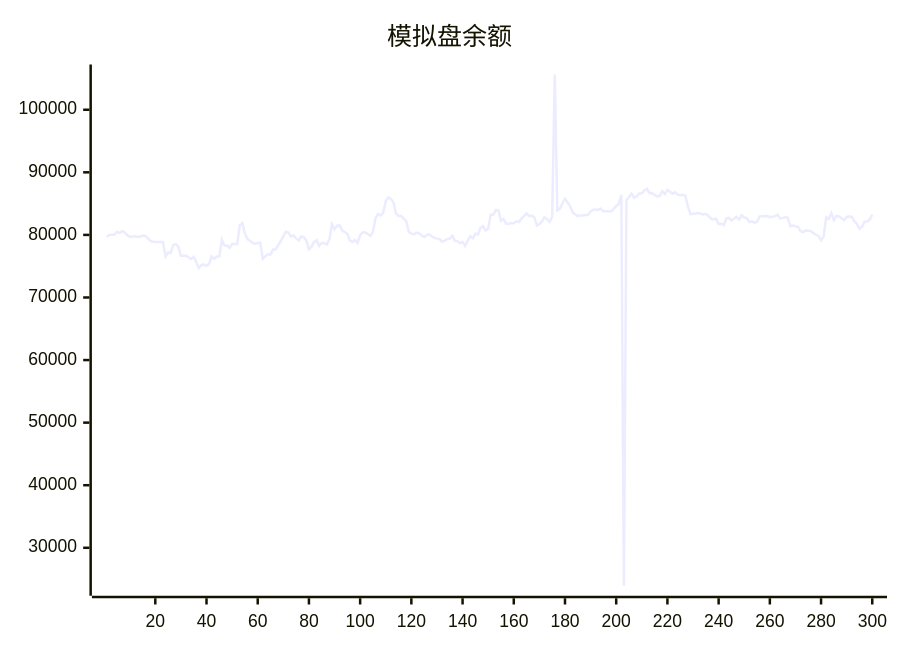
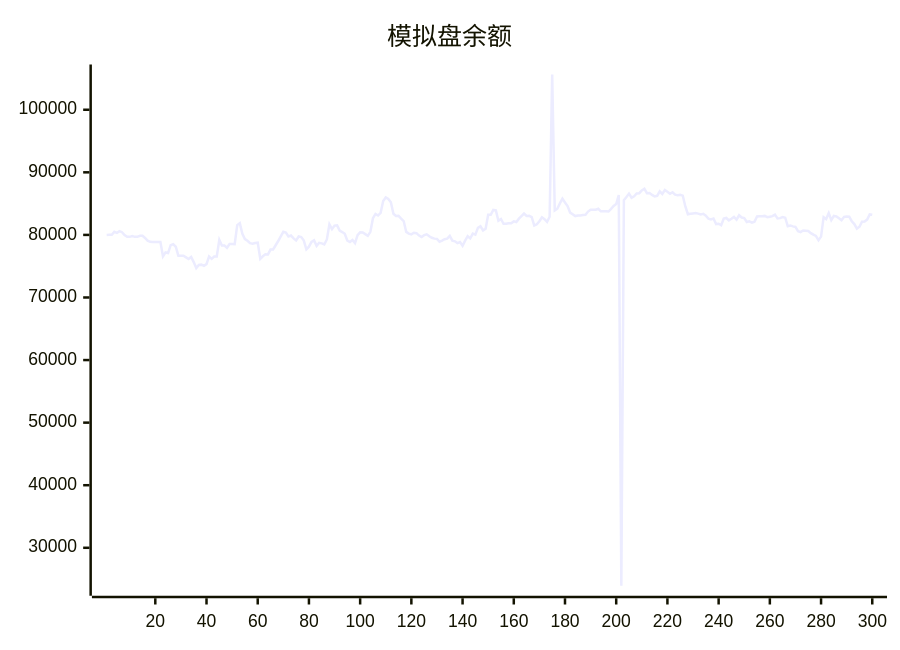
The diagram in README.md (aahl/ai-trading), drawn with Mermaid before and after one commit. The commit also changed other lines of this file and 1 other file, not shown here.

````diff
--- a/README.md
+++ b/README.md
@@ -5,5 +5,5 @@
 ```mermaid
 xychart
     title "模拟盘余额"
-    line [79673,79995,80015,80015,80486,80314,80600,80436,79966,79689,79689,79819,79692,79692,79850,79850,79518,79071,78889,78850,78850,78878,78878,76554,77202,77103,78357,78510,78106,76678,76677,76672,76411,76159,76485,75656,74695,75197,75246,75052,75334,76564,76179,76553,76551,79196,78300,78300,77944,78531,78531,78521,81564,81884,80160,79335,79055,78675,78580,78708,78764,76179,76586,76902,76876,77658,77669,78346,79023,79769,80497,80366,79761,79896,79448,79126,79749,79658,79097,77695,78114,78888,79126,78249,78738,78653,78478,79271,81680,80923,81488,81527,80681,80455,80190,79084,78879,79193,78686,79954,80403,80374,80118,79848,80491,82665,83351,83098,83525,85430,85983,85737,85221,83378,83014,83043,82613,82216,80477,80208,80081,80348,80277,79894,79670,79965,80093,79786,79542,79406,79371,78893,79087,79304,79406,79841,79072,78978,78696,78846,78272,79085,79787,79442,80198,80031,81120,81379,80718,80985,83214,83212,83993,83921,82270,82547,81776,81776,81866,81866,82158,82061,82596,83000,83408,83041,83050,82858,81503,81691,82188,82812,82517,82092,82901,105633,83898,84180,85030,85781,85178,84604,83569,83298,83008,83093,83107,83175,83228,83729,84025,84017,84019,84177,83775,83762,83785,83738,84160,84639,84939,86370,23934,85548,86046,86599,85942,86161,86622,86664,87115,87369,86666,86685,86384,86152,86243,86969,86548,87164,86885,86566,86809,86427,86348,86417,86273,84538,83299,83369,83430,83490,83404,83270,83362,83056,82605,82459,82614,81734,81788,81551,82598,82702,82320,82580,82878,82426,83139,82778,82686,82056,82166,81963,82110,82951,82983,82984,83038,82838,82915,82998,83235,82642,82682,82858,82746,81396,81512,81362,81277,80600,80461,80699,80673,80616,80288,80038,79836,79142,79722,82837,82533,83480,82366,83032,82960,82654,82330,82883,82934,82901,82188,81728,81005,81298,82110,82135,82449,83264]
+    line [79995,80015,80015,80486,80314,80600,80436,79966,79689,79689,79819,79692,79692,79850,79850,79518,79071,78889,78850,78850,78878,78878,76554,77202,77103,78357,78510,78106,76678,76677,76672,76411,76159,76485,75656,74695,75197,75246,75052,75334,76564,76179,76553,76551,79196,78300,78300,77944,78531,78531,78521,81564,81884,80160,79335,79055,78675,78580,78708,78764,76179,76586,76902,76876,77658,77669,78346,79023,79769,80497,80366,79761,79896,79448,79126,79749,79658,79097,77695,78114,78888,79126,78249,78738,78653,78478,79271,81680,80923,81488,81527,80681,80455,80190,79084,78879,79193,78686,79954,80403,80374,80118,79848,80491,82665,83351,83098,83525,85430,85983,85737,85221,83378,83014,83043,82613,82216,80477,80208,80081,80348,80277,79894,79670,79965,80093,79786,79542,79406,79371,78893,79087,79304,79406,79841,79072,78978,78696,78846,78272,79085,79787,79442,80198,80031,81120,81379,80718,80985,83214,83212,83993,83921,82270,82547,81776,81776,81866,81866,82158,82061,82596,83000,83408,83041,83050,82858,81503,81691,82188,82812,82517,82092,82901,105633,83898,84180,85030,85781,85178,84604,83569,83298,83008,83093,83107,83175,83228,83729,84025,84017,84019,84177,83775,83762,83785,83738,84160,84639,84939,86370,23934,85548,86046,86599,85942,86161,86622,86664,87115,87369,86666,86685,86384,86152,86243,86969,86548,87164,86885,86566,86809,86427,86348,86417,86273,84538,83299,83369,83430,83490,83404,83270,83362,83056,82605,82459,82614,81734,81788,81551,82598,82702,82320,82580,82878,82426,83139,82778,82686,82056,82166,81963,82110,82951,82983,82984,83038,82838,82915,82998,83235,82642,82682,82858,82746,81396,81512,81362,81277,80600,80461,80699,80673,80616,80288,80038,79836,79142,79722,82837,82533,83480,82366,83032,82960,82654,82330,82883,82934,82901,82188,81728,81005,81298,82110,82135,82449,83264,83203]
 ```
````
